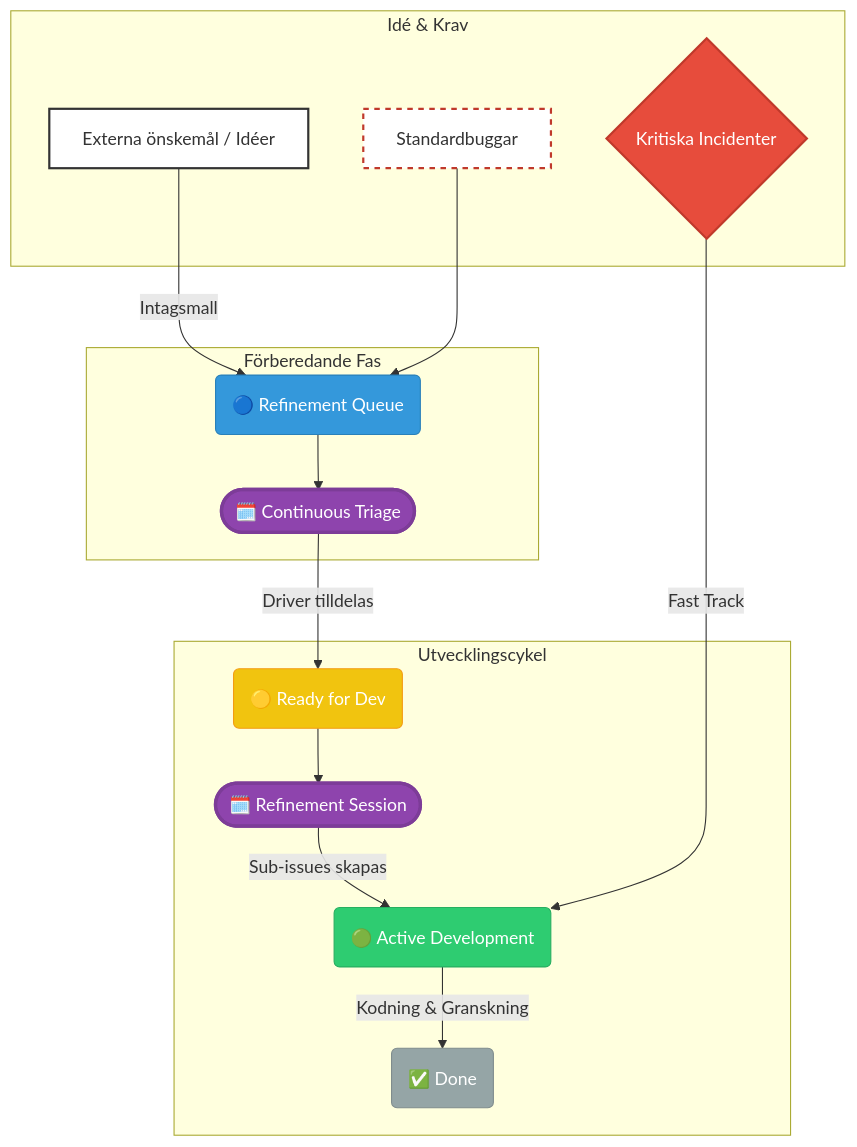
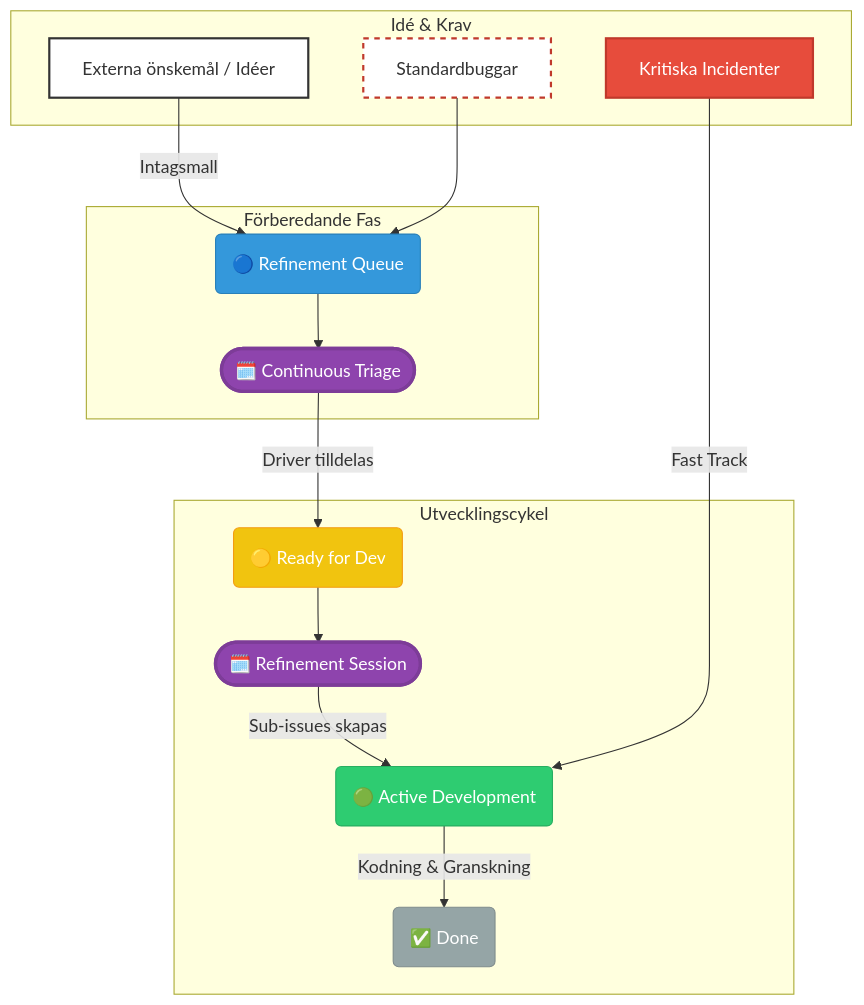
The first of 4 diagrams in dab_sv.md (stefanbackelin/dab), drawn with Mermaid before and after one commit.

Commit message:
docs: update graphs

````diff
--- a/dab_sv.md
+++ b/dab_sv.md
@@ -68,34 +68,34 @@
 ```mermaid
 graph TD
     subgraph "Idé & Krav"
         A[Externa önskemål / Idéer]
         F[Standardbuggar]
-        G{Kritiska Incidenter}
+        G[Kritiska Incidenter]
     end
 
     subgraph "Förberedande Fas"
         A -->|Intagsmall| B(🔵 Refinement Queue)
         F --> B
         B --> M1([🗓️ Continuous Triage])
     end
 
     subgraph "Utvecklingscykel"
         M1 -->|Driver tilldelas| C(🟡 Ready for Dev)
         C --> M2([🗓️ Refinement Session])
         M2 -->|Sub-issues skapas| D(🟢 Active Development)
         G -->|Fast Track| D
         D -->|Kodning & Granskning| E(✅ Done)
     end
 
     style A fill:#fff,stroke:#333,stroke-width:2px,color:#333
     style F fill:#fff,stroke:#c0392b,stroke-width:2px,stroke-dasharray: 5 5,color:#333
     style G fill:#e74c3c,stroke:#c0392b,color:#fff,stroke-width:2px
     
     style B fill:#3498db,stroke:#2980b9,color:#fff
     style C fill:#f1c40f,stroke:#f39c12,color:#fff
     style D fill:#2ecc71,stroke:#27ae60,color:#fff
     style E fill:#95a5a6,stroke:#7f8c8d,color:#fff
 
     style M1 fill:#8e44ad,stroke:#7d3c98,color:#fff,stroke-width:3px
     style M2 fill:#8e44ad,stroke:#7d3c98,color:#fff,stroke-width:3px
 ```
````
